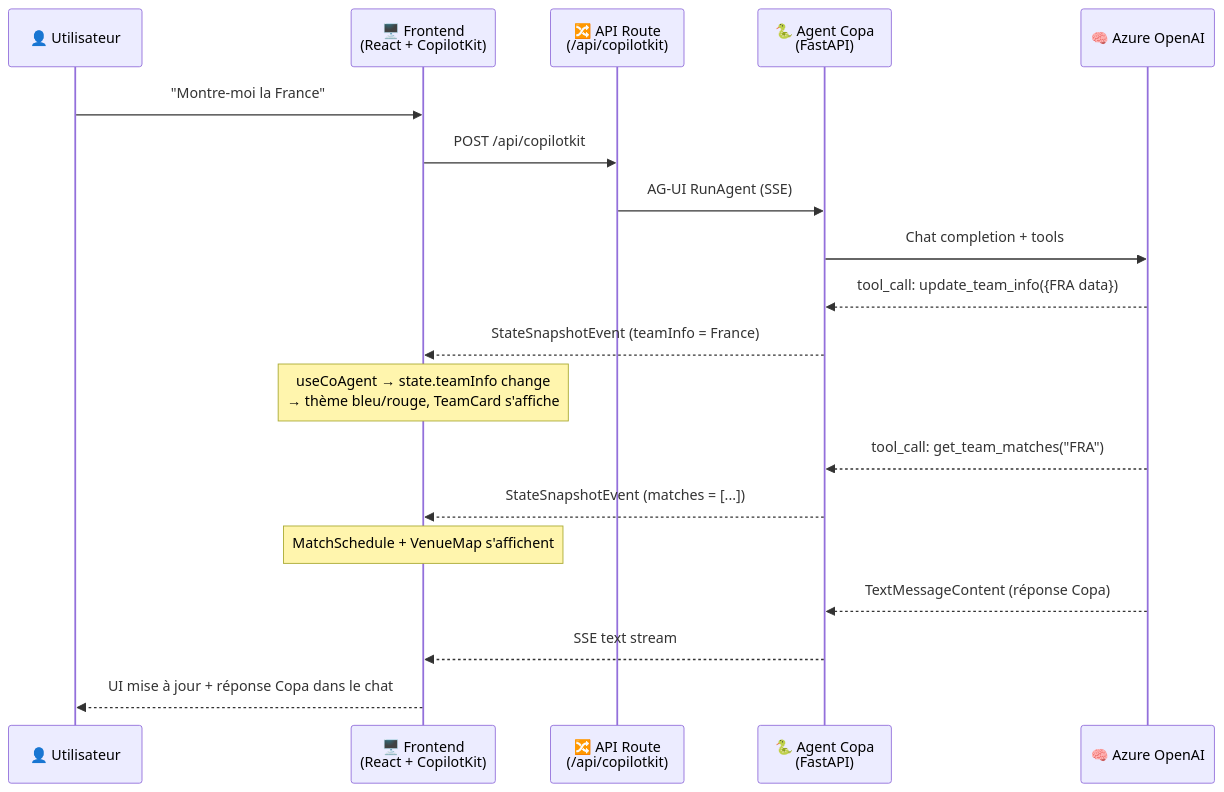
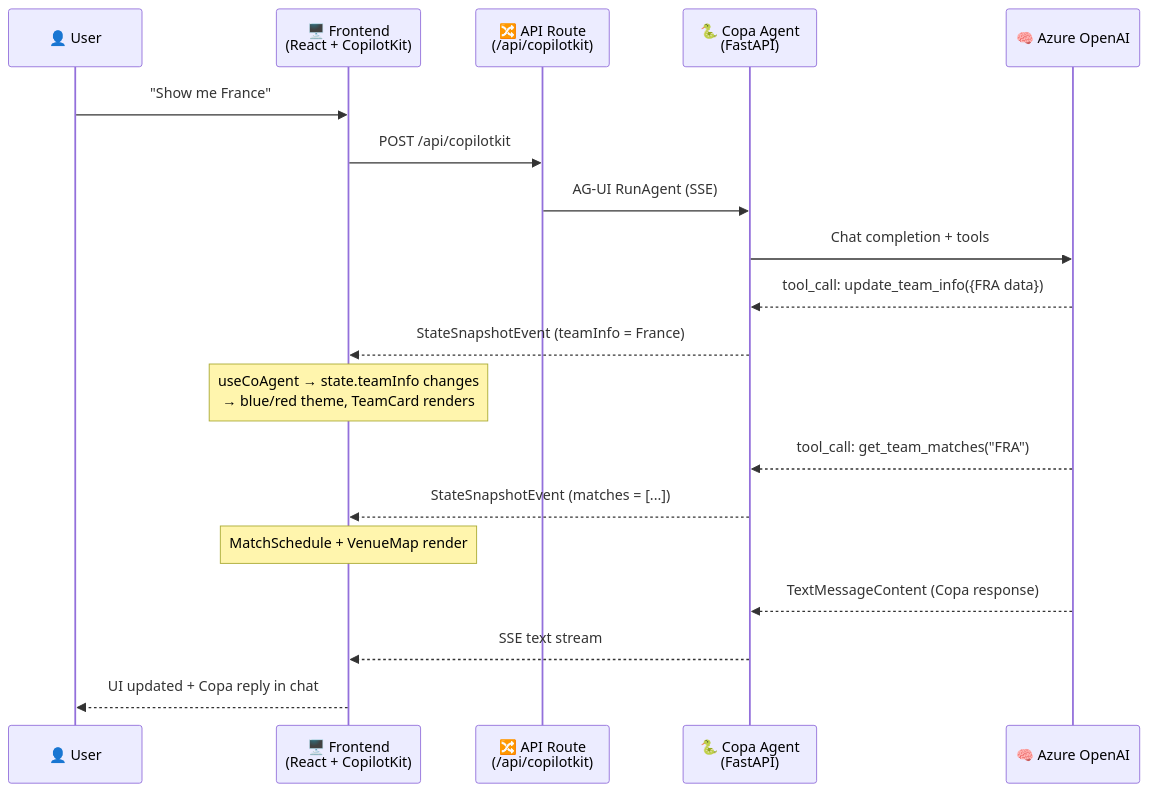
One commit to fredgis/foot-agui-sample changed the second of 3 diagrams in README.md. Above: the diagram before and after it, drawn with Mermaid. The commit also changed other lines of this file, not shown here.

````diff
--- a/README.md
+++ b/README.md
@@ -84,22 +84,22 @@
 ```mermaid
 sequenceDiagram
-    participant U as 👤 Utilisateur
+    participant U as 👤 User
     participant F as 🖥️ Frontend<br/>(React + CopilotKit)
     participant R as 🔀 API Route<br/>(/api/copilotkit)
-    participant A as 🐍 Agent Copa<br/>(FastAPI)
+    participant A as 🐍 Copa Agent<br/>(FastAPI)
     participant L as 🧠 Azure OpenAI
 
-    U->>F: "Montre-moi la France"
+    U->>F: "Show me France"
     F->>R: POST /api/copilotkit
     R->>A: AG-UI RunAgent (SSE)
     A->>L: Chat completion + tools
     L-->>A: tool_call: update_team_info({FRA data})
     A-->>F: StateSnapshotEvent (teamInfo = France)
-    Note over F: useCoAgent → state.teamInfo change<br/>→ thème bleu/rouge, TeamCard s'affiche
+    Note over F: useCoAgent → state.teamInfo changes<br/>→ blue/red theme, TeamCard renders
     L-->>A: tool_call: get_team_matches("FRA")
     A-->>F: StateSnapshotEvent (matches = [...])
-    Note over F: MatchSchedule + VenueMap s'affichent
-    L-->>A: TextMessageContent (réponse Copa)
+    Note over F: MatchSchedule + VenueMap render
+    L-->>A: TextMessageContent (Copa response)
     A-->>F: SSE text stream
-    F-->>U: UI mise à jour + réponse Copa dans le chat
+    F-->>U: UI updated + Copa reply in chat
 ```
````
